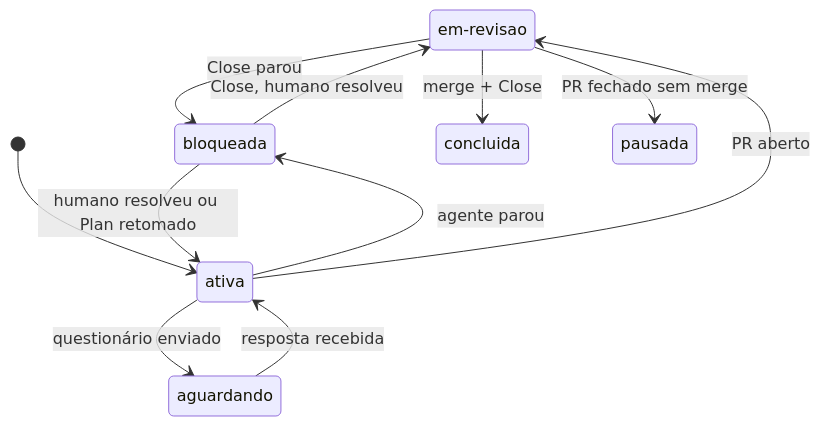
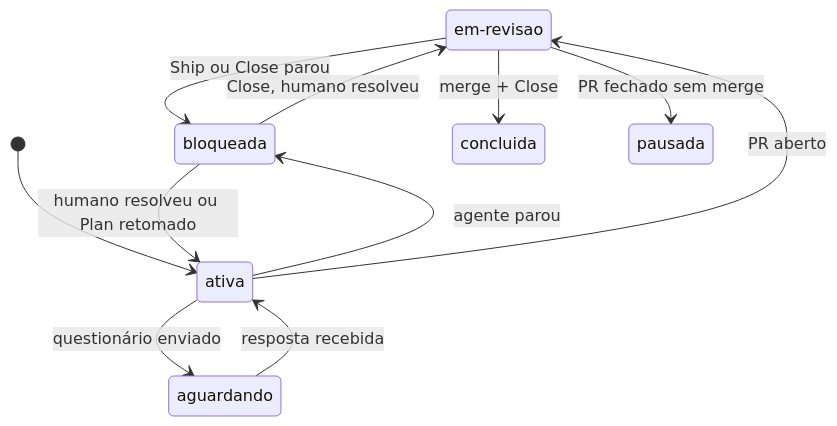
One commit to Wellington-Matoss/diana changed the third of 3 diagrams in README.md. Above: the diagram before and after it, drawn with Mermaid. The commit also changed 1 other file, not shown here.

Commit message:
fix(task-ship): leva o caso 1 do pedido do PR para o passo 6

````diff
--- a/README.md
+++ b/README.md
@@ -159,14 +159,14 @@
 ```mermaid
 stateDiagram-v2
     state "em-revisao" as em_revisao
     [*] --> ativa
     ativa --> aguardando: questionário enviado
     aguardando --> ativa: resposta recebida
     ativa --> bloqueada: agente parou
     bloqueada --> ativa: humano resolveu ou Plan retomado
     ativa --> em_revisao: PR aberto
     em_revisao --> concluida: merge + Close
     em_revisao --> pausada: PR fechado sem merge
-    em_revisao --> bloqueada: Close parou
+    em_revisao --> bloqueada: Ship ou Close parou
     bloqueada --> em_revisao: Close, humano resolveu
 ```
````
